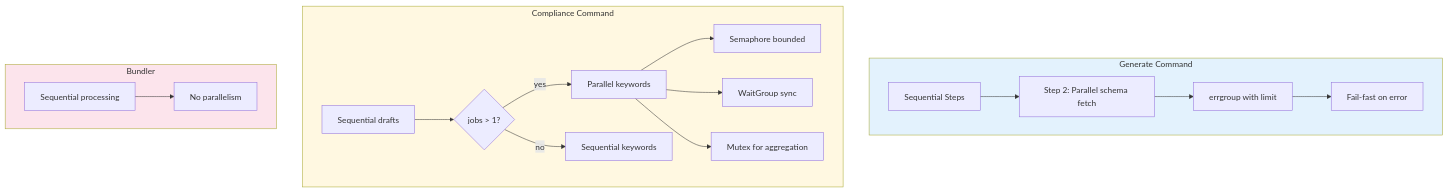
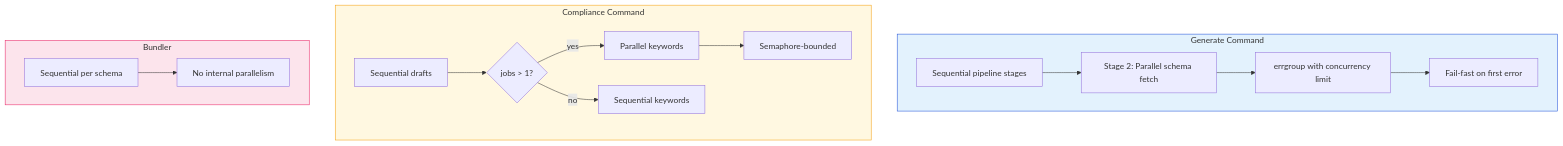
The fifth of 6 diagrams in docs/cli-current-flow.md (vectorfy-co/valbridge), drawn with Mermaid before and after one commit. The commit also changed other lines of this file and 17 other files, not shown here.

````diff
--- a/docs/cli-current-flow.md
+++ b/docs/cli-current-flow.md
@@ -389,28 +235,26 @@
 ```mermaid
 flowchart TD
     subgraph Generate["Generate Command"]
-        G1[Sequential Steps]
-        G1 --> G2[Step 2: Parallel schema fetch]
-        G2 --> G3[errgroup with limit]
-        G3 --> G4[Fail-fast on error]
+        G1["Sequential pipeline stages"]
+        G1 --> G2["Stage 2: Parallel schema fetch"]
+        G2 --> G3["errgroup with concurrency limit"]
+        G3 --> G4["Fail-fast on first error"]
     end
 
     subgraph Compliance["Compliance Command"]
-        C1[Sequential drafts]
-        C1 --> C2{jobs > 1?}
-        C2 -->|yes| C3[Parallel keywords]
-        C2 -->|no| C4[Sequential keywords]
-        C3 --> C5[Semaphore bounded]
-        C3 --> C6[WaitGroup sync]
-        C3 --> C7[Mutex for aggregation]
+        C1["Sequential drafts"]
+        C1 --> C2{"jobs > 1?"}
+        C2 -->|yes| C3["Parallel keywords"]
+        C2 -->|no| C4["Sequential keywords"]
+        C3 --> C5["Semaphore-bounded"]
     end
 
     subgraph Bundler["Bundler"]
-        B1[Sequential processing]
-        B1 --> B2[No parallelism]
+        B1["Sequential per schema"]
+        B1 --> B2["No internal parallelism"]
     end
 
-    style Generate fill:#e3f2fd
-    style Compliance fill:#fff8e1
-    style Bundler fill:#fce4ec
+    style Generate fill:#e3f2fd,stroke:#1D4ED8
+    style Compliance fill:#fff8e1,stroke:#f59e0b
+    style Bundler fill:#fce4ec,stroke:#E92063
 ```
````
